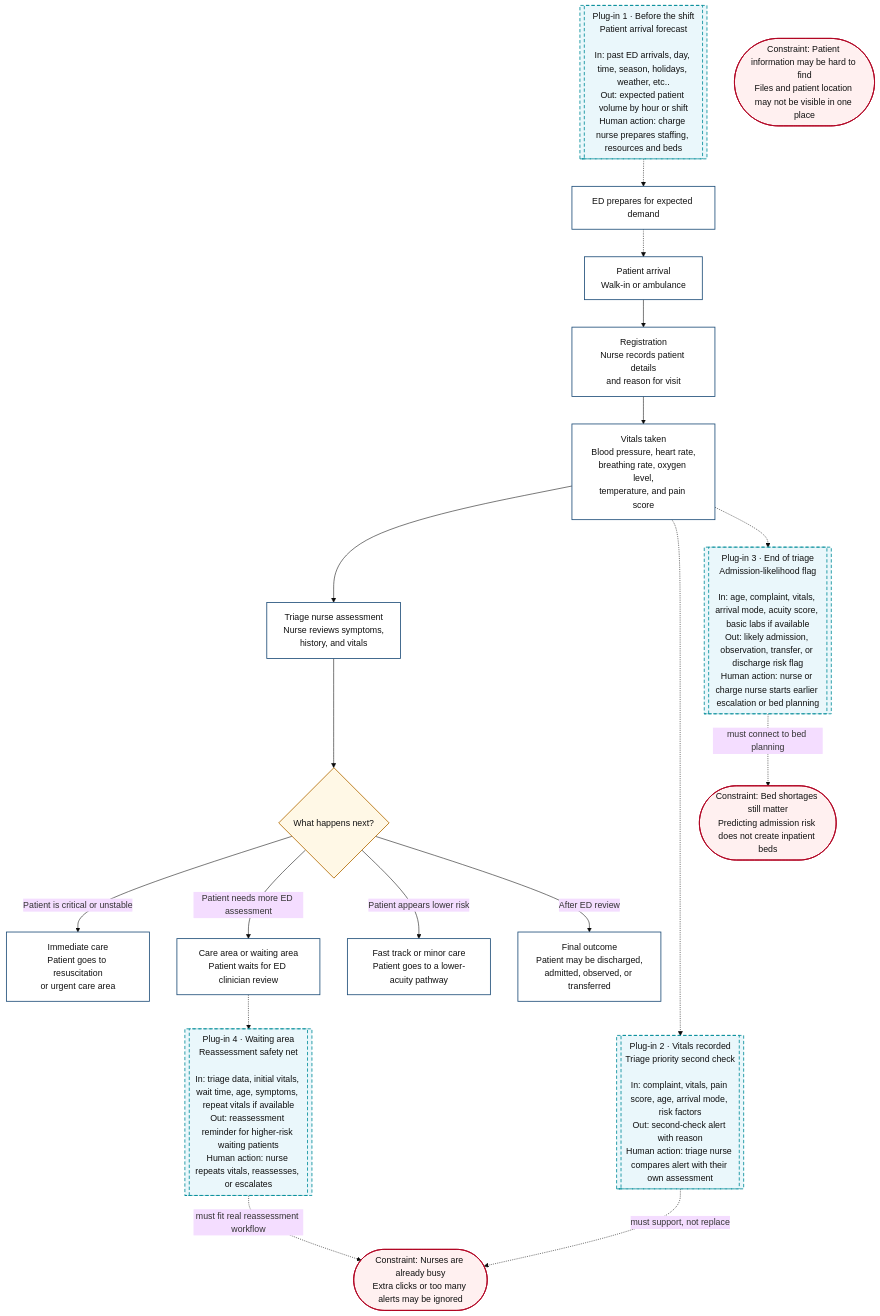
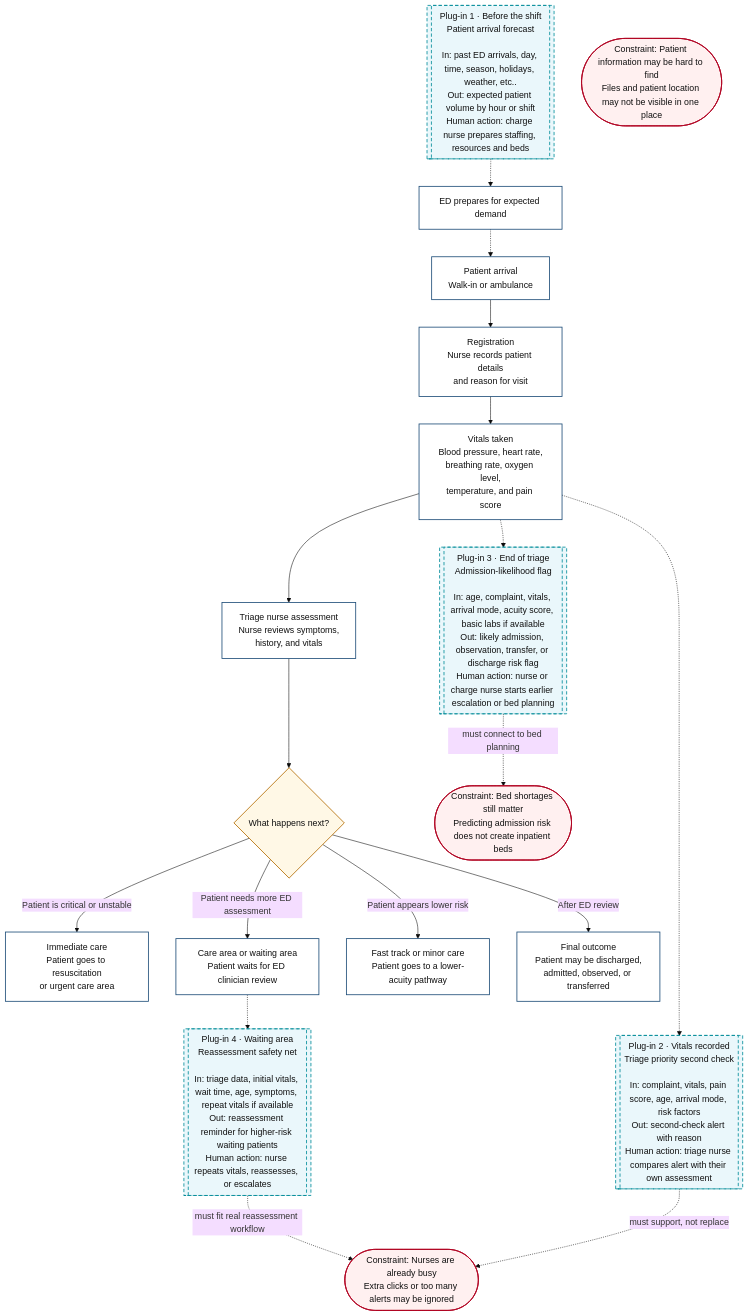
Before and after one commit to tinadams/carisurg-portfolio: the diagram in docs/week_3_workflow.md, drawn with Mermaid (base theme). The commit also changed other lines of this file, not shown here.

Commit message:
Fix workflow diagram to correctly link C to AI2

````diff
--- a/docs/week_3_workflow.md
+++ b/docs/week_3_workflow.md
@@ -1,55 +1,55 @@
 ```mermaid
 flowchart TD
 
 A[Patient arrival<br/>Walk-in or ambulance] --> B[Registration<br/>Nurse records patient details<br/>and reason for visit]
 
 B --> C[Vitals taken<br/>Blood pressure, heart rate,<br/>breathing rate, oxygen level,<br/>temperature, and pain score]
 
 C --> D[Triage nurse assessment<br/>Nurse reviews symptoms,<br/>history, and vitals]
 
 D --> E{What happens next?}
 
 E -->|Patient is critical or unstable| F[Immediate care<br/>Patient goes to resuscitation<br/>or urgent care area]
 
 E -->|Patient needs more ED assessment| G[Care area or waiting area<br/>Patient waits for ED clinician review]
 
 E -->|Patient appears lower risk| H[Fast track or minor care<br/>Patient goes to a lower-acuity pathway]
 
 E -->|After ED review| I[Final outcome<br/>Patient may be discharged,<br/>admitted, observed, or transferred]
 
 AI1[[Plug-in 1 · Before the shift<br/>Patient arrival forecast<br/><br/>In: past ED arrivals, day, time, season, holidays, weather, etc..<br/>Out: expected patient volume by hour or shift<br/>Human action: charge nurse prepares staffing, resources and beds]]
 
 AI2[[Plug-in 2 · Vitals recorded<br/>Triage priority second check<br/><br/>In: complaint, vitals, pain score, age, arrival mode, risk factors<br/>Out: second-check alert with reason<br/>Human action: triage nurse compares alert with their own assessment]]
 
 AI3[[Plug-in 3 · End of triage<br/>Admission-likelihood flag<br/><br/>In: age, complaint, vitals, arrival mode, acuity score, basic labs if available<br/>Out: likely admission, observation, transfer, or discharge risk flag<br/>Human action: nurse or charge nurse starts earlier escalation or bed planning]]
 
 AI4[[Plug-in 4 · Waiting area<br/>Reassessment safety net<br/><br/>In: triage data, initial vitals, wait time, age, symptoms, repeat vitals if available<br/>Out: reassessment reminder for higher-risk waiting patients<br/>Human action: nurse repeats vitals, reassesses, or escalates]]
 
 PRE[ED prepares for expected demand]
 
 AI1 -.-> PRE
 PRE -.-> A
+C -.-> AI3
 C -.-> AI2
-C -.-> AI3
 G -.-> AI4
 
 C1([Constraint: Patient information may be hard to find<br/>Files and patient location may not be visible in one place])
 
 C2([Constraint: Nurses are already busy<br/>Extra clicks or too many alerts may be ignored])
 
 C3([Constraint: Bed shortages still matter<br/>Predicting admission risk does not create inpatient beds])
 
 AI2 -. must support, not replace .-> C2
 AI3 -. must connect to bed planning .-> C3
 AI4 -. must fit real reassessment workflow .-> C2
 
 classDef process fill:#ffffff,stroke:#1f4e79,stroke-width:1.5px,color:#111;
 classDef decision fill:#fff8e6,stroke:#b36b00,stroke-width:1.5px,color:#111;
 classDef ai fill:#eaf7fb,stroke:#008c99,stroke-width:1.5px,stroke-dasharray: 6 4,color:#111;
 classDef constraint fill:#fff0f0,stroke:#b00020,stroke-width:1.5px,color:#111;
 
 class A,B,C,D,F,G,H,I,PRE process;
 class E decision;
 class AI1,AI2,AI3,AI4 ai;
 class C1,C2,C3 constraint;
 ```
````
